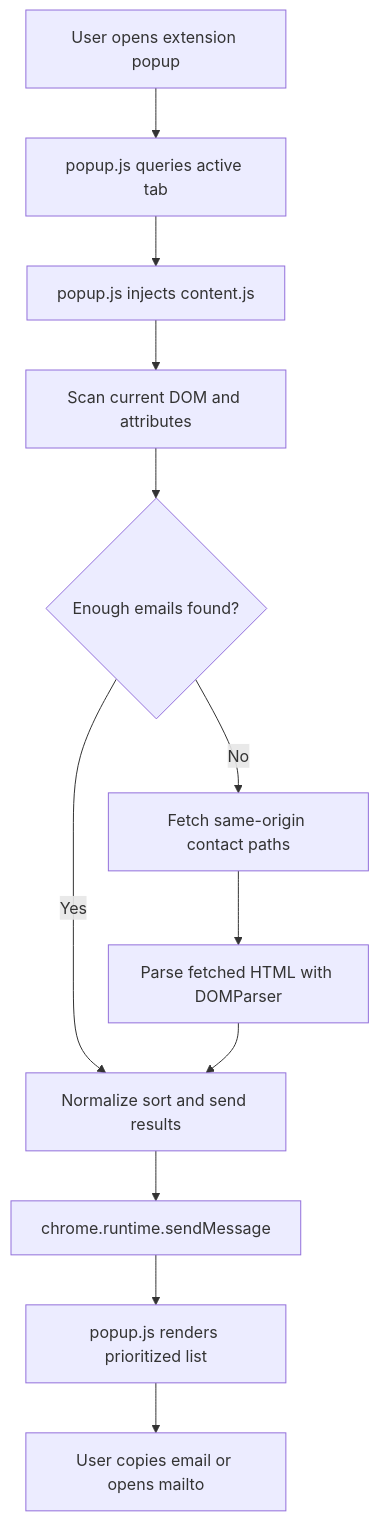
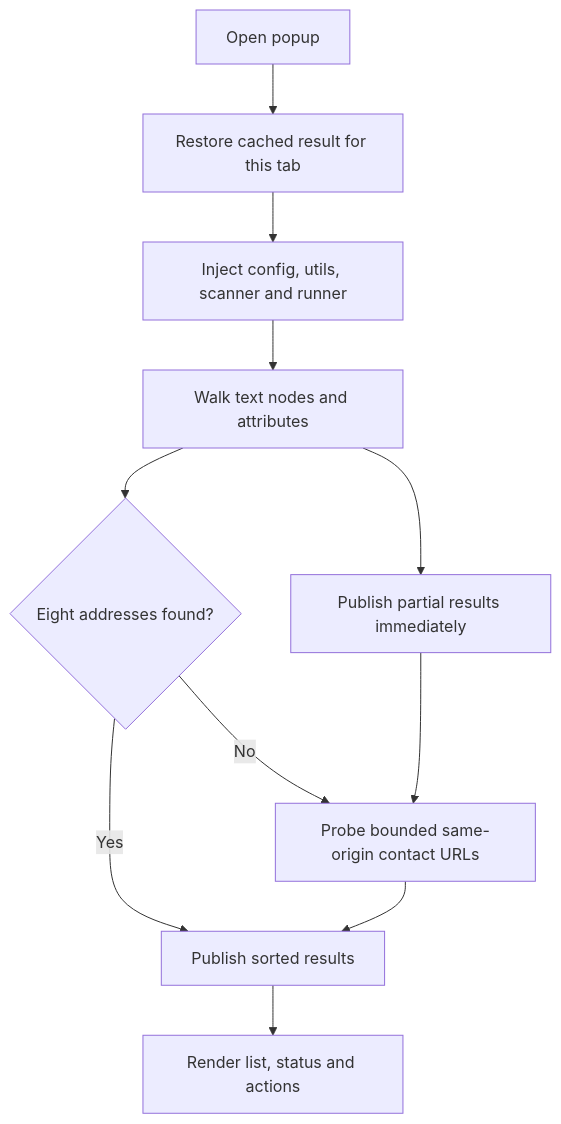
The diagram in README.md (Chrome-Extensions-labs/HTML-Email-parser), drawn with Mermaid before and after one commit. The commit also changed other lines of this file and 43 other files, not shown here.

````diff
--- a/README.md
+++ b/README.md
@@ -119,14 +64,13 @@
 ```mermaid
 flowchart TD
-    A[User opens extension popup] --> B[popup.js queries active tab]
-    B --> C[popup.js injects content.js]
-    C --> D[Scan current DOM and attributes]
-    D --> E{Enough emails found?}
-    E -- Yes --> F[Normalize sort and send results]
-    E -- No --> G[Fetch same-origin contact paths]
-    G --> H[Parse fetched HTML with DOMParser]
-    H --> F
-    F --> I[chrome.runtime.sendMessage]
-    I --> J[popup.js renders prioritized list]
-    J --> K[User copies email or opens mailto]
+  A[Open popup] --> B[Restore cached result for this tab]
+  B --> C[Inject config, utils, scanner and runner]
+  C --> D[Walk text nodes and attributes]
+  D --> E{Eight addresses found?}
+  E -- No --> F[Probe bounded same-origin contact URLs]
+  E -- Yes --> G[Publish sorted results]
+  D --> H[Publish partial results immediately]
+  F --> G
+  H --> F
+  G --> I[Render list, status and actions]
 ```
````
